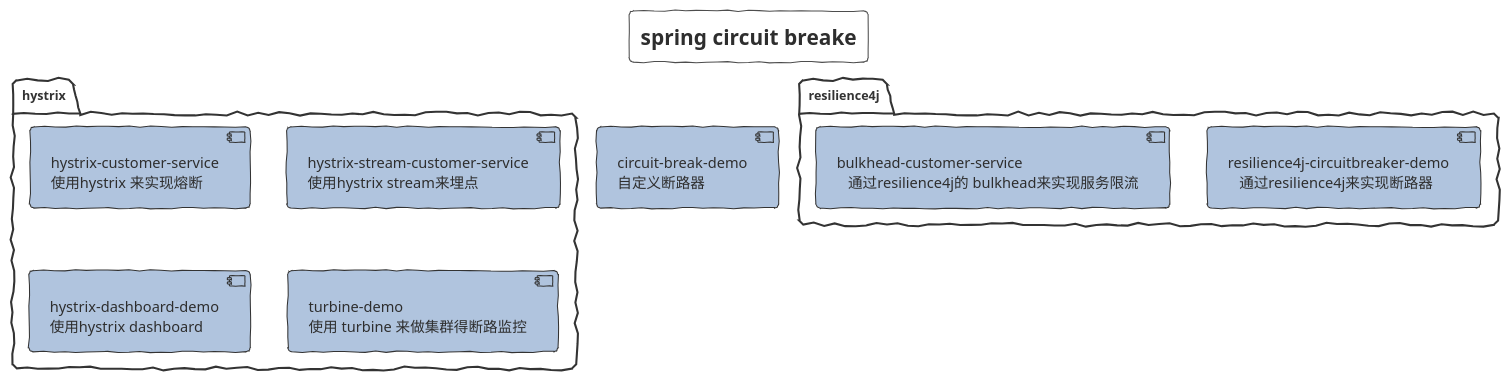
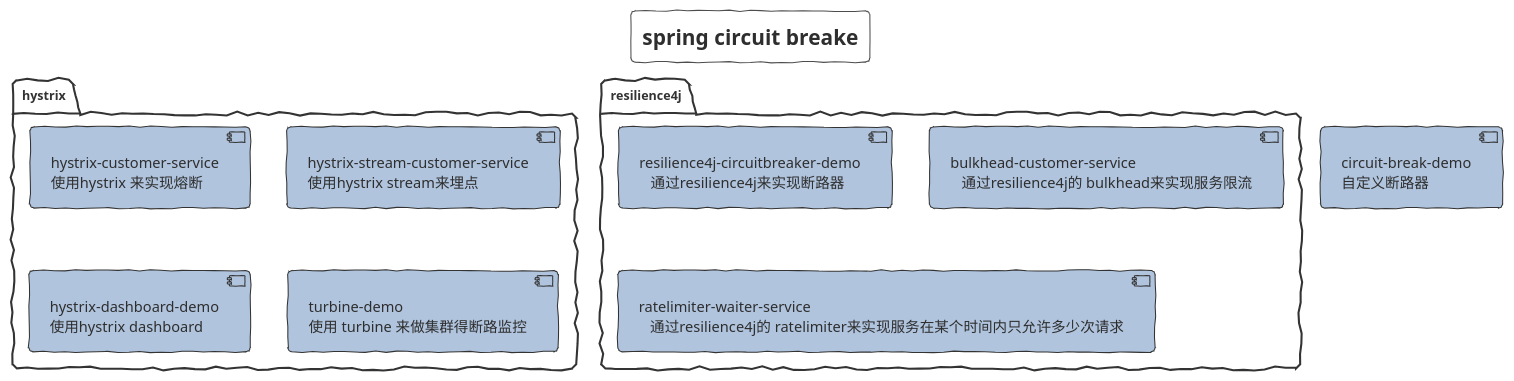
One commit to FantasybabyChange/springStudyProject changed the diagram in spring-circuit-breake/Module.puml. Above: the diagram before and after it, drawn with PlantUML. The commit also changed 29 other files, not shown here.

```diff
--- a/spring-circuit-breake/Module.puml
+++ b/spring-circuit-breake/Module.puml
@@ -1,49 +1,54 @@
 @startuml SPRING_CIRCUIT_BREAKE
 !theme sketchy-outline
 title spring circuit breake
 skinparam interface {
 }
 skinparam component {
    backgroundColor LightSteelBlue
    FontSize 14
    ArrowFontSize 14
    ArrowFontColor #777777
    ArrowColor #FF6655
 }
 component cbd[
 circuit-break-demo
 自定义断路器
 ]
 
 package hystrix{
    component hcs[
    hystrix-customer-service
    使用hystrix 来实现熔断
    ]
    component hscs[
    hystrix-stream-customer-service
    使用hystrix stream来埋点
    ]
    component hdd[
    hystrix-dashboard-demo
    使用hystrix dashboard
    ]
    component htb[
    turbine-demo
    使用 turbine 来做集群得断路监控
    ]
 
 }
 
 package resilience4j{
     component rcd[
    resilience4j-circuitbreaker-demo
       通过resilience4j来实现断路器
    ]
    component bcs[
    bulkhead-customer-service
       通过resilience4j的 bulkhead来实现服务限流
    ]
+
+   component rws[
+   ratelimiter-waiter-service
+      通过resilience4j的 ratelimiter来实现服务在某个时间内只允许多少次请求
+   ]
 }
 
 @enduml
```
